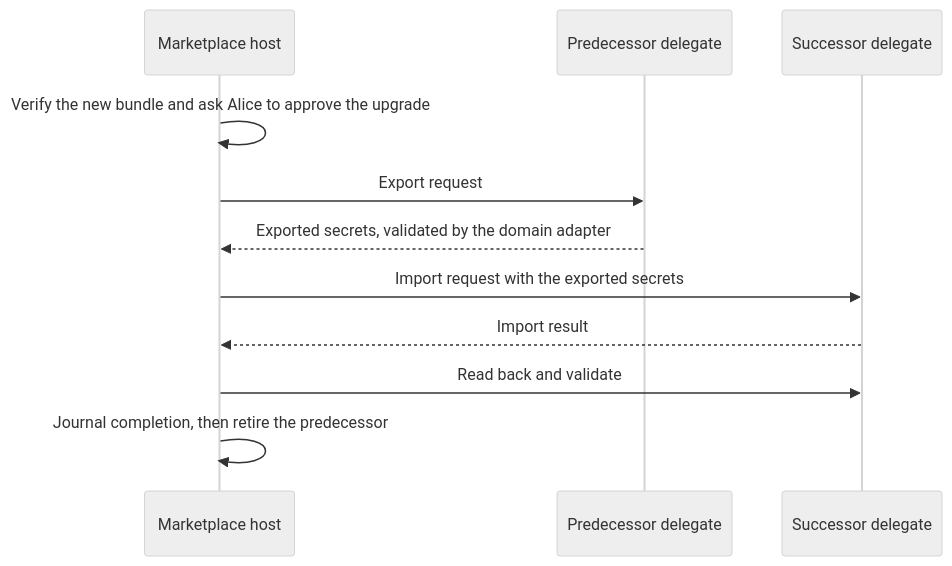
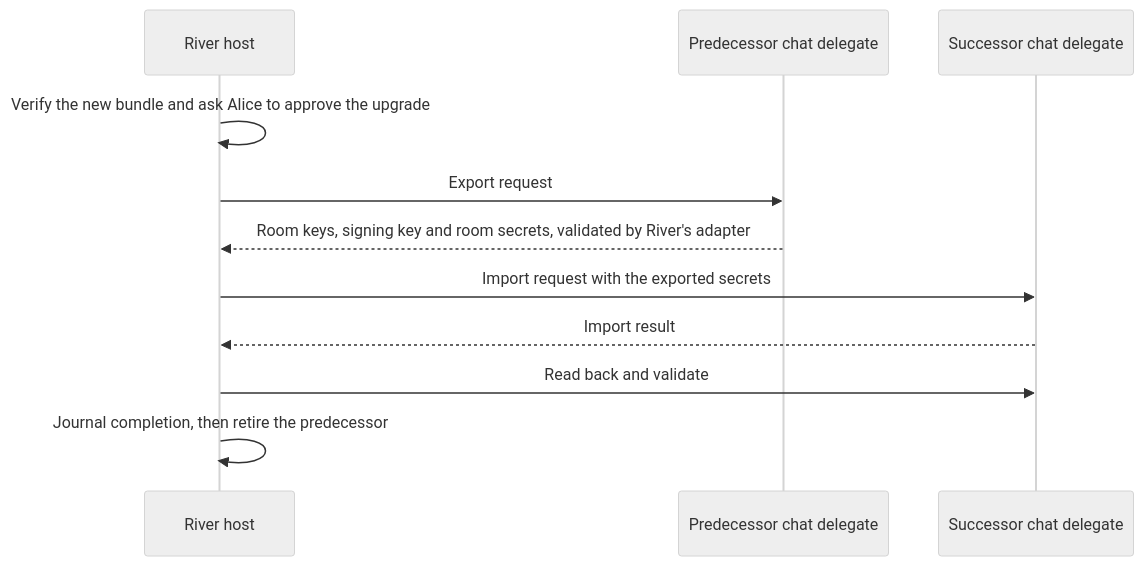
One commit to EVY-Platform/evy-freenet-plans changed the diagram in migration/README.md. Above: the diagram before and after it, drawn with Mermaid (neutral theme). The commit also changed other lines of this file and 17 other files, not shown here.

````diff
--- a/migration/README.md
+++ b/migration/README.md
@@ -73,13 +86,13 @@
 ```mermaid
 sequenceDiagram
-    participant Host as Marketplace host
-    participant Old as Predecessor delegate
-    participant New as Successor delegate
+    participant Host as River host
+    participant Old as Predecessor chat delegate
+    participant New as Successor chat delegate
     Host->>Host: Verify the new bundle and ask Alice to approve the upgrade
     Host->>Old: Export request
-    Old-->>Host: Exported secrets, validated by the domain adapter
+    Old-->>Host: Room keys, signing key and room secrets, validated by River's adapter
     Host->>New: Import request with the exported secrets
     New-->>Host: Import result
     Host->>New: Read back and validate
     Host->>Host: Journal completion, then retire the predecessor
 ```
````
